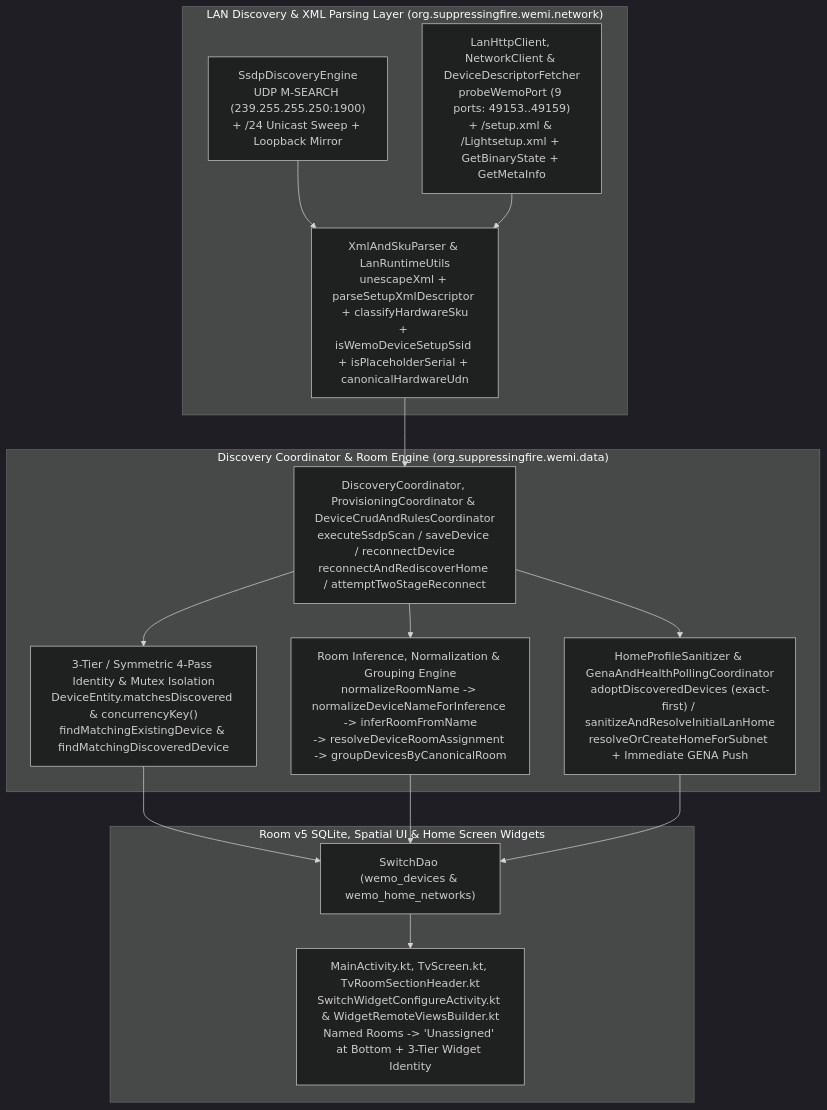
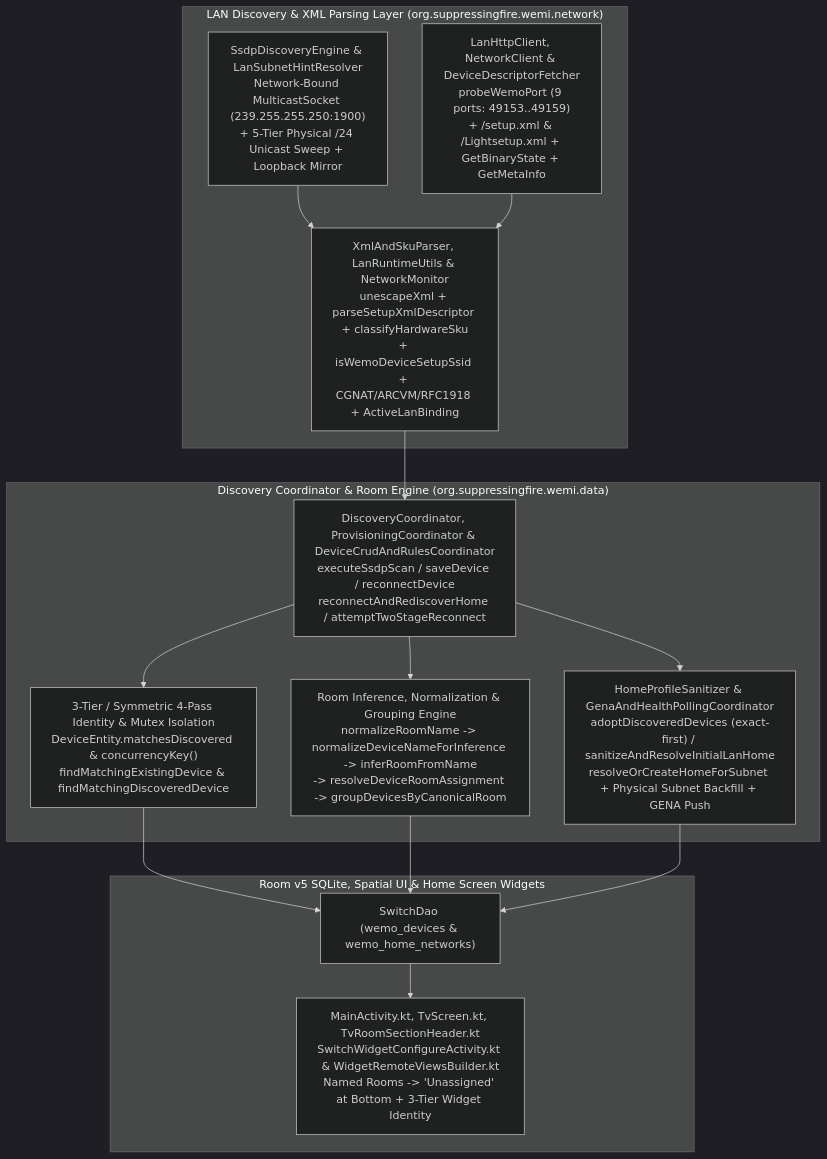
One commit to MichaelRHead/WeMi-light-control changed the diagram in DISCOVERY_AND_ROOM_GROUPING.md. Above: the diagram before and after it, drawn with Mermaid (dark theme). The commit also changed other lines of this file and 10 other files, not shown here.

First line of the commit message:
fix(discovery): harden ChromeOS discovery and SSDP packet checks

````diff
--- a/DISCOVERY_AND_ROOM_GROUPING.md
+++ b/DISCOVERY_AND_ROOM_GROUPING.md
@@ -39,31 +40,31 @@
 ```mermaid
 flowchart TD
     subgraph Network["LAN Discovery & XML Parsing Layer (org.suppressingfire.wemi.network)"]
-        SSDP["SsdpDiscoveryEngine\nUDP M-SEARCH (239.255.255.250:1900)\n+ /24 Unicast Sweep + Loopback Mirror"]
-        XML["XmlAndSkuParser & LanRuntimeUtils\nunescapeXml + parseSetupXmlDescriptor + classifyHardwareSku\n+ isWemoDeviceSetupSsid + isPlaceholderSerial + canonicalHardwareUdn"]
+        SSDP["SsdpDiscoveryEngine & LanSubnetHintResolver\nNetwork-Bound MulticastSocket (239.255.255.250:1900)\n+ 5-Tier Physical /24 Unicast Sweep + Loopback Mirror"]
+        XML["XmlAndSkuParser, LanRuntimeUtils & NetworkMonitor\nunescapeXml + parseSetupXmlDescriptor + classifyHardwareSku\n+ isWemoDeviceSetupSsid + CGNAT/ARCVM/RFC1918 + ActiveLanBinding"]
         PORT["LanHttpClient, NetworkClient & DeviceDescriptorFetcher\nprobeWemoPort (9 ports: 49153..49159)\n+ /setup.xml & /Lightsetup.xml + GetBinaryState + GetMetaInfo"]
     end
 
     subgraph Coordinator["Discovery Coordinator & Room Engine (org.suppressingfire.wemi.data)"]
         COORD["DiscoveryCoordinator, ProvisioningCoordinator & DeviceCrudAndRulesCoordinator\nexecuteSsdpScan / saveDevice / reconnectDevice\nreconnectAndRediscoverHome / attemptTwoStageReconnect"]
         MATCH["3-Tier / Symmetric 4-Pass Identity & Mutex Isolation\nDeviceEntity.matchesDiscovered & concurrencyKey()\nfindMatchingExistingDevice & findMatchingDiscoveredDevice"]
         ROOM["Room Inference, Normalization & Grouping Engine\nnormalizeRoomName -> normalizeDeviceNameForInference -> inferRoomFromName\n-> resolveDeviceRoomAssignment -> groupDevicesByCanonicalRoom"]
-        HOME["HomeProfileSanitizer & GenaAndHealthPollingCoordinator\nadoptDiscoveredDevices (exact-first) / sanitizeAndResolveInitialLanHome\nresolveOrCreateHomeForSubnet + Immediate GENA Push"]
+        HOME["HomeProfileSanitizer & GenaAndHealthPollingCoordinator\nadoptDiscoveredDevices (exact-first) / sanitizeAndResolveInitialLanHome\nresolveOrCreateHomeForSubnet + Physical Subnet Backfill + GENA Push"]
     end
 
     subgraph StorageUI["Room v5 SQLite, Spatial UI & Home Screen Widgets"]
         DB["SwitchDao (wemo_devices & wemo_home_networks)"]
         SORT["MainActivity.kt, TvScreen.kt, TvRoomSectionHeader.kt\nSwitchWidgetConfigureActivity.kt & WidgetRemoteViewsBuilder.kt\nNamed Rooms -> 'Unassigned' at Bottom + 3-Tier Widget Identity"]
     end
 
     SSDP --> XML
     PORT --> XML
     XML --> COORD
     COORD --> MATCH
     COORD --> ROOM
     COORD --> HOME
     MATCH --> DB
     ROOM --> DB
     HOME --> DB
     DB --> SORT
 ```
````
